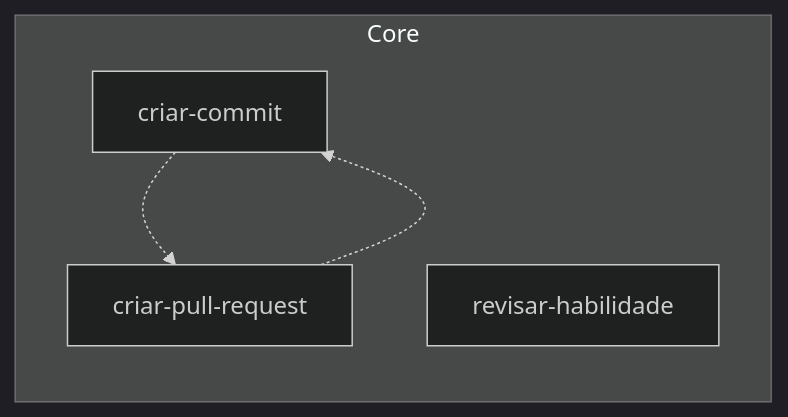
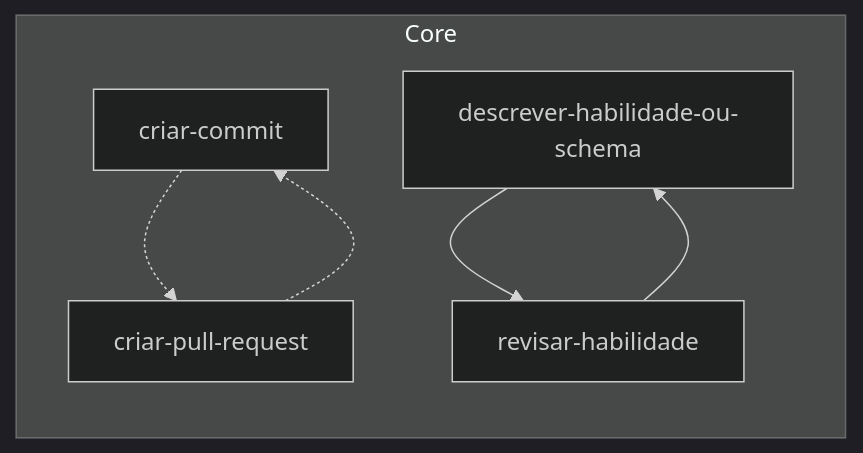
The diagram in .agents/skills/README.md (jimmyandrade/harness), drawn with Mermaid (dark theme) before and after one commit. The commit also changed other lines of this file and 7 other files, not shown here.

First line of the commit message:
feat(descrever-habilidade-ou-schema): move the skill to the core (#20)

````diff
--- a/.agents/skills/README.md
+++ b/.agents/skills/README.md
@@ -13,10 +13,13 @@
 ```mermaid
 flowchart LR
   subgraph core["Core"]
     criar_commit["criar-commit"]
     criar_pull_request["criar-pull-request"]
+    descrever_habilidade_ou_schema["descrever-habilidade-ou-schema"]
     revisar_habilidade["revisar-habilidade"]
   end
   criar_commit -.-> criar_pull_request
   criar_pull_request -.-> criar_commit
+  descrever_habilidade_ou_schema --> revisar_habilidade
+  revisar_habilidade --> descrever_habilidade_ou_schema
 ```
````
